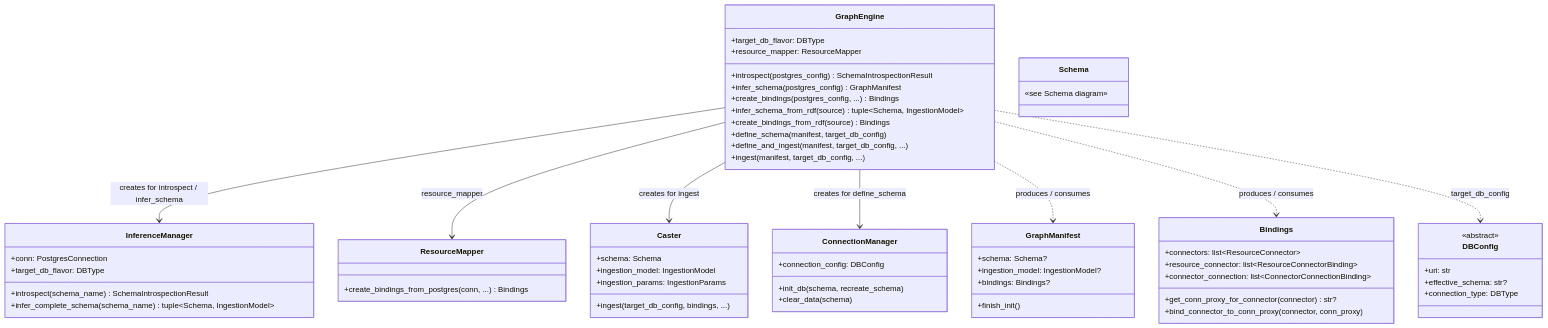
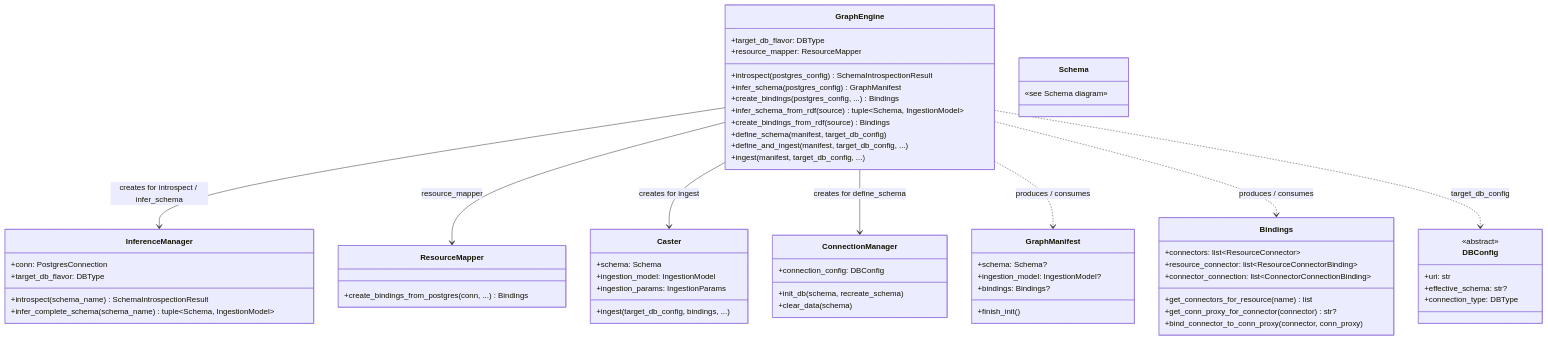
One commit to growgraph/graflo changed the third of 8 diagrams in docs/concepts/index.md. Above: the diagram before and after it, drawn with Mermaid. The commit also changed other lines of this file and 15 other files, not shown here.

````diff
--- a/docs/concepts/index.md
+++ b/docs/concepts/index.md
@@ -123,75 +123,76 @@
 ```mermaid
 classDiagram
     direction TB
 
     class GraphEngine {
         +target_db_flavor: DBType
         +resource_mapper: ResourceMapper
         +introspect(postgres_config) SchemaIntrospectionResult
         +infer_schema(postgres_config) GraphManifest
         +create_bindings(postgres_config, ...) Bindings
         +infer_schema_from_rdf(source) tuple~Schema, IngestionModel~
         +create_bindings_from_rdf(source) Bindings
         +define_schema(manifest, target_db_config)
         +define_and_ingest(manifest, target_db_config, ...)
         +ingest(manifest, target_db_config, ...)
     }
 
     class InferenceManager {
         +conn: PostgresConnection
         +target_db_flavor: DBType
         +introspect(schema_name) SchemaIntrospectionResult
         +infer_complete_schema(schema_name) tuple~Schema, IngestionModel~
     }
 
     class ResourceMapper {
         +create_bindings_from_postgres(conn, ...) Bindings
     }
 
     class Caster {
         +schema: Schema
         +ingestion_model: IngestionModel
         +ingestion_params: IngestionParams
         +ingest(target_db_config, bindings, ...)
     }
 
     class ConnectionManager {
         +connection_config: DBConfig
         +init_db(schema, recreate_schema)
         +clear_data(schema)
     }
 
     class Schema {
         «see Schema diagram»
     }
 
     class GraphManifest {
         +schema: Schema?
         +ingestion_model: IngestionModel?
         +bindings: Bindings?
         +finish_init()
     }
 
     class Bindings {
         +connectors: list~ResourceConnector~
         +resource_connector: list~ResourceConnectorBinding~
         +connector_connection: list~ConnectorConnectionBinding~
+        +get_connectors_for_resource(name) list
         +get_conn_proxy_for_connector(connector) str?
         +bind_connector_to_conn_proxy(connector, conn_proxy)
     }
 
     class DBConfig {
         <<abstract>>
         +uri: str
         +effective_schema: str?
         +connection_type: DBType
     }
 
     GraphEngine --> InferenceManager : creates for introspect / infer_schema
     GraphEngine --> ResourceMapper : resource_mapper
     GraphEngine --> Caster : creates for ingest
     GraphEngine --> ConnectionManager : creates for define_schema
     GraphEngine ..> GraphManifest : produces / consumes
     GraphEngine ..> Bindings : produces / consumes
     GraphEngine ..> DBConfig : target_db_config
 ```
````
